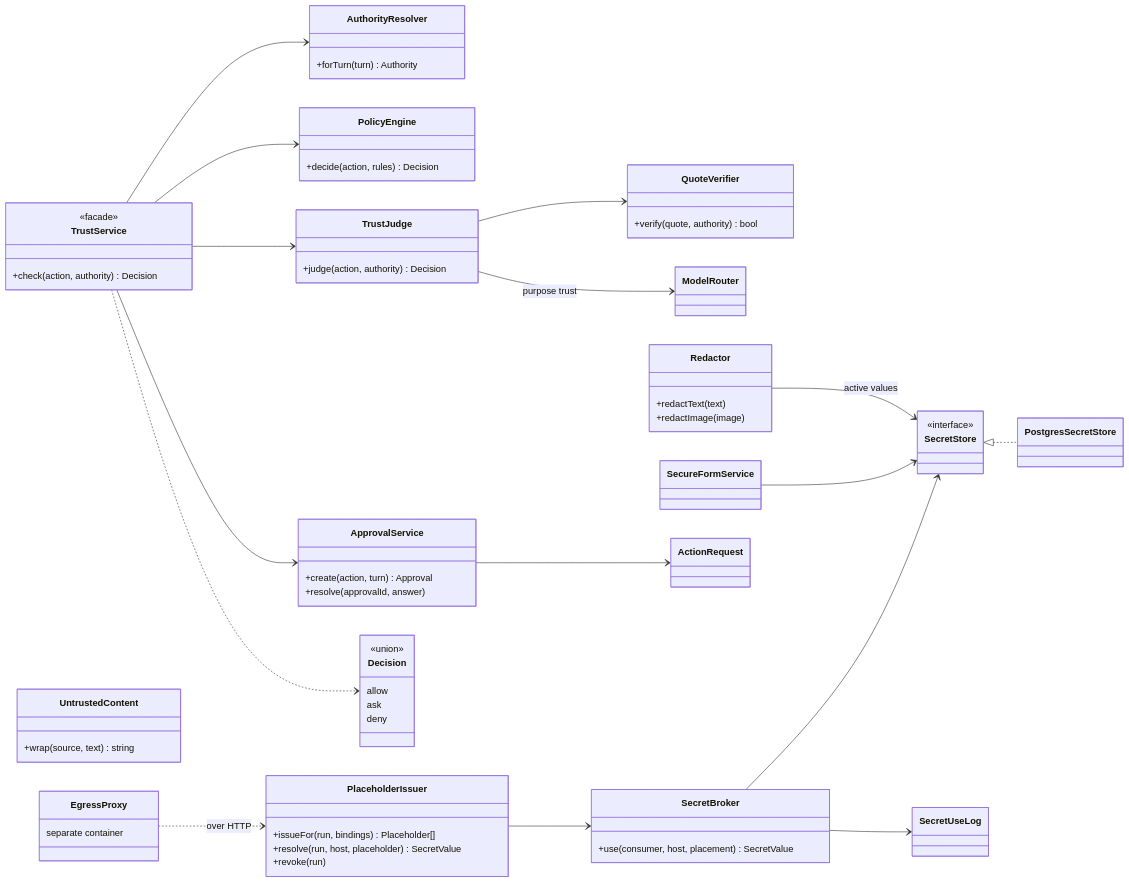
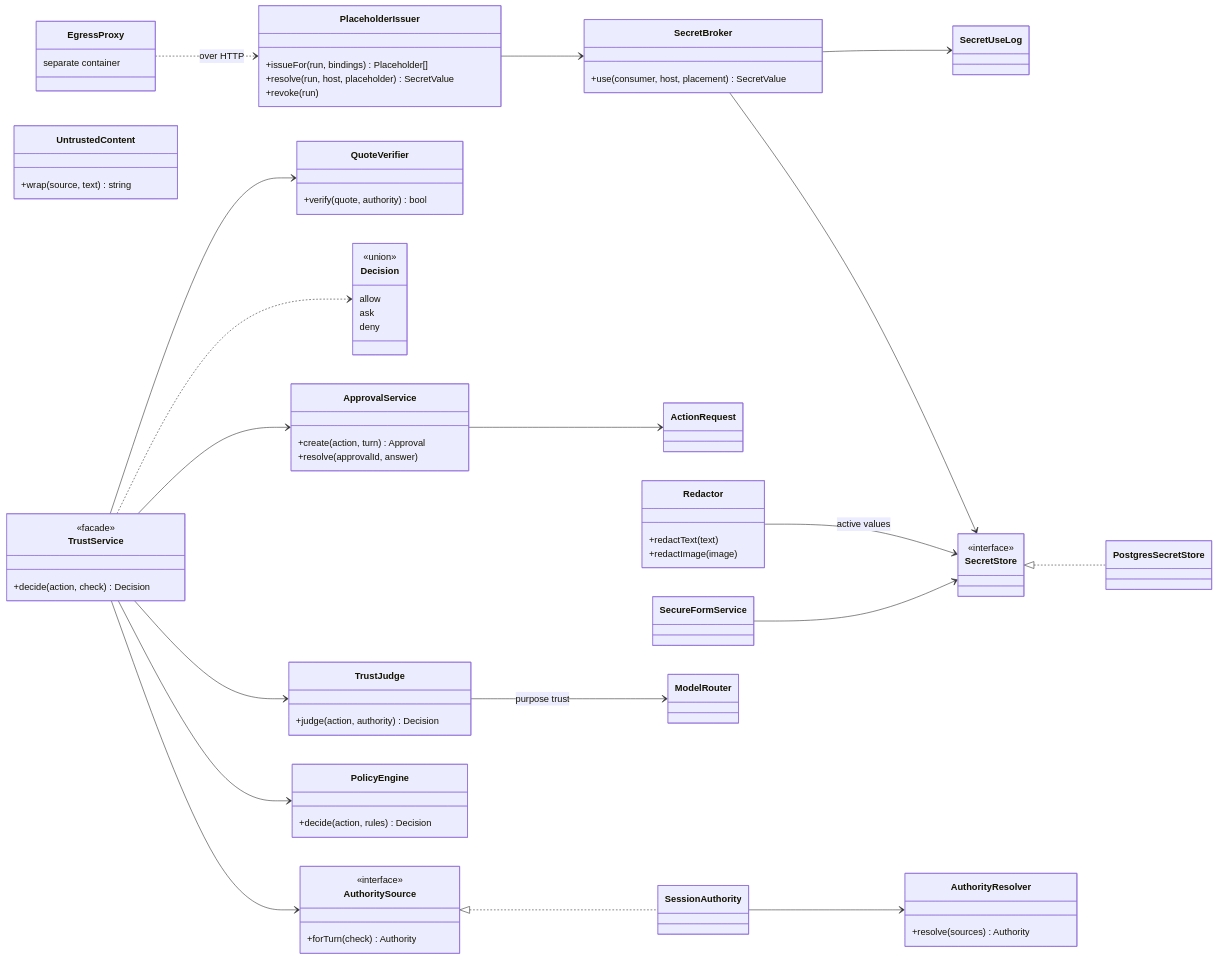
The eighth of 14 diagrams in docs/06-class-map.md (ggiraudon/shitsuji), drawn with Mermaid before and after one commit. The commit also changed 2 other files, not shown here.

Commit message:
S35: Document the judge and tick the step (#12)
F11 now states the authority window, the judge's protocol and its fail-safe, and where the quote lands in a receipt; the class map shows the split between the pure resolver and the session source.

Closes #12

````diff
--- a/docs/06-class-map.md
+++ b/docs/06-class-map.md
@@ -577,70 +577,77 @@
 ```mermaid
 classDiagram
   direction LR
   class TrustService {
     <<facade>>
-    +check(action, authority) Decision
+    +decide(action, check) Decision
   }
+  class AuthoritySource {
+    <<interface>>
+    +forTurn(check) Authority
+  }
+  class SessionAuthority
   class AuthorityResolver {
-    +forTurn(turn) Authority
+    +resolve(sources) Authority
   }
   class PolicyEngine {
     +decide(action, rules) Decision
   }
   class TrustJudge {
     +judge(action, authority) Decision
   }
   class QuoteVerifier {
     +verify(quote, authority) bool
   }
   class ApprovalService {
     +create(action, turn) Approval
     +resolve(approvalId, answer)
   }
   class UntrustedContent {
     +wrap(source, text) string
   }
   class Decision {
     <<union>>
     allow
     ask
     deny
   }
   class SecretStore {
     <<interface>>
   }
   class PostgresSecretStore
   class SecretBroker {
     +use(consumer, host, placement) SecretValue
   }
   class PlaceholderIssuer {
     +issueFor(run, bindings) Placeholder[]
     +resolve(run, host, placeholder) SecretValue
     +revoke(run)
   }
   class Redactor {
     +redactText(text)
     +redactImage(image)
   }
   class SecureFormService
   class SecretUseLog
   class EgressProxy {
     separate container
   }
 
-  TrustService --> AuthorityResolver
+  TrustService --> AuthoritySource
+  AuthoritySource <|.. SessionAuthority
+  SessionAuthority --> AuthorityResolver
   TrustService --> PolicyEngine
   TrustService --> TrustJudge
   TrustService --> ApprovalService
   TrustService ..> Decision
-  TrustJudge --> QuoteVerifier
+  TrustService --> QuoteVerifier
   TrustJudge --> ModelRouter : purpose trust
   ApprovalService --> ActionRequest
   SecretStore <|.. PostgresSecretStore
   SecretBroker --> SecretStore
   SecretBroker --> SecretUseLog
   PlaceholderIssuer --> SecretBroker
   EgressProxy ..> PlaceholderIssuer : over HTTP
   Redactor --> SecretStore : active values
   SecureFormService --> SecretStore
 ```
````
